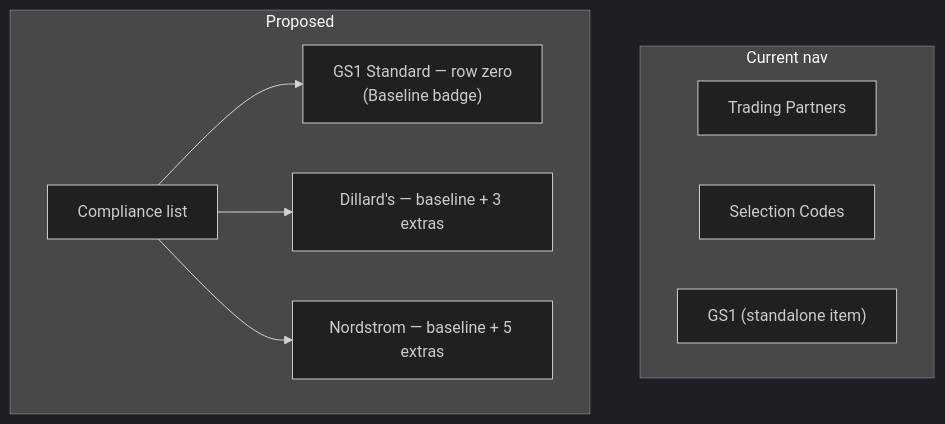
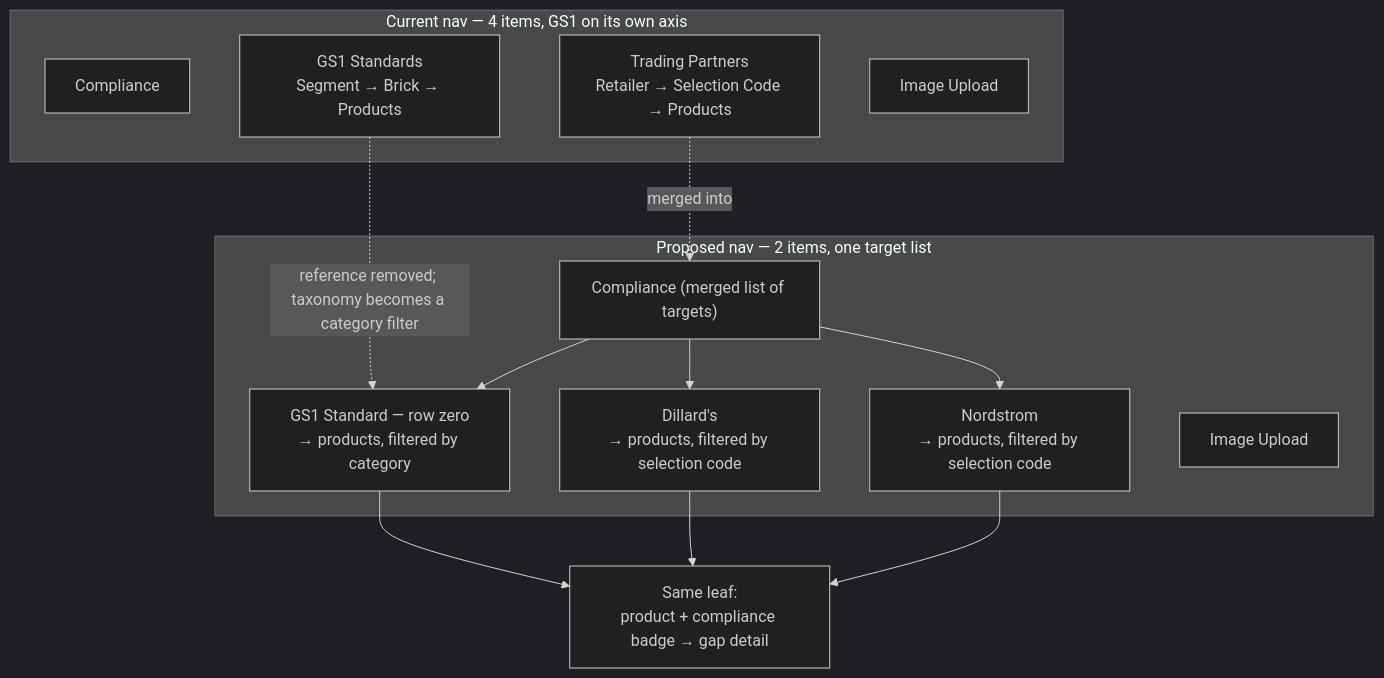
The second of 3 diagrams in docs/supplier-view-recommendations.md (singhwanderer/v0-retailer-specific), drawn with Mermaid (dark theme) before and after one commit. The commit also changed other lines of this file, not shown here.

First line of the commit message:
Reconcile GS1 taxonomy axis with retailer axis in merged compliance list

````diff
--- a/docs/supplier-view-recommendations.md
+++ b/docs/supplier-view-recommendations.md
@@ -54,14 +95,21 @@
 ```mermaid
 flowchart TB
-    subgraph Before["Current nav"]
-        B1[Trading Partners] 
-        B2[Selection Codes]
-        B3["GS1 (standalone item)"]
+    subgraph Before["Current nav — 4 items, GS1 on its own axis"]
+        B1[Compliance]
+        B2["GS1 Standards<br/>Segment → Brick → Products"]
+        B3["Trading Partners<br/>Retailer → Selection Code → Products"]
+        B4[Image Upload]
     end
-    subgraph After["Proposed"]
-        A1["Compliance list"]
-        A1 --> A2["GS1 Standard — row zero<br/>(Baseline badge)"]
-        A1 --> A3["Dillard's — baseline + 3 extras"]
-        A1 --> A4["Nordstrom — baseline + 5 extras"]
+    subgraph After["Proposed nav — 2 items, one target list"]
+        A1["Compliance (merged list of targets)"]
+        A1 --> A2["GS1 Standard — row zero<br/>→ products, filtered by category"]
+        A1 --> A3["Dillard's<br/>→ products, filtered by selection code"]
+        A1 --> A4["Nordstrom<br/>→ products, filtered by selection code"]
+        A5[Image Upload]
     end
+    A2 --> L["Same leaf:<br/>product + compliance badge → gap detail"]
+    A3 --> L
+    A4 --> L
+    B2 -. reference removed; taxonomy becomes a category filter .-> A2
+    B3 -. merged into .-> A1
 ```
````
